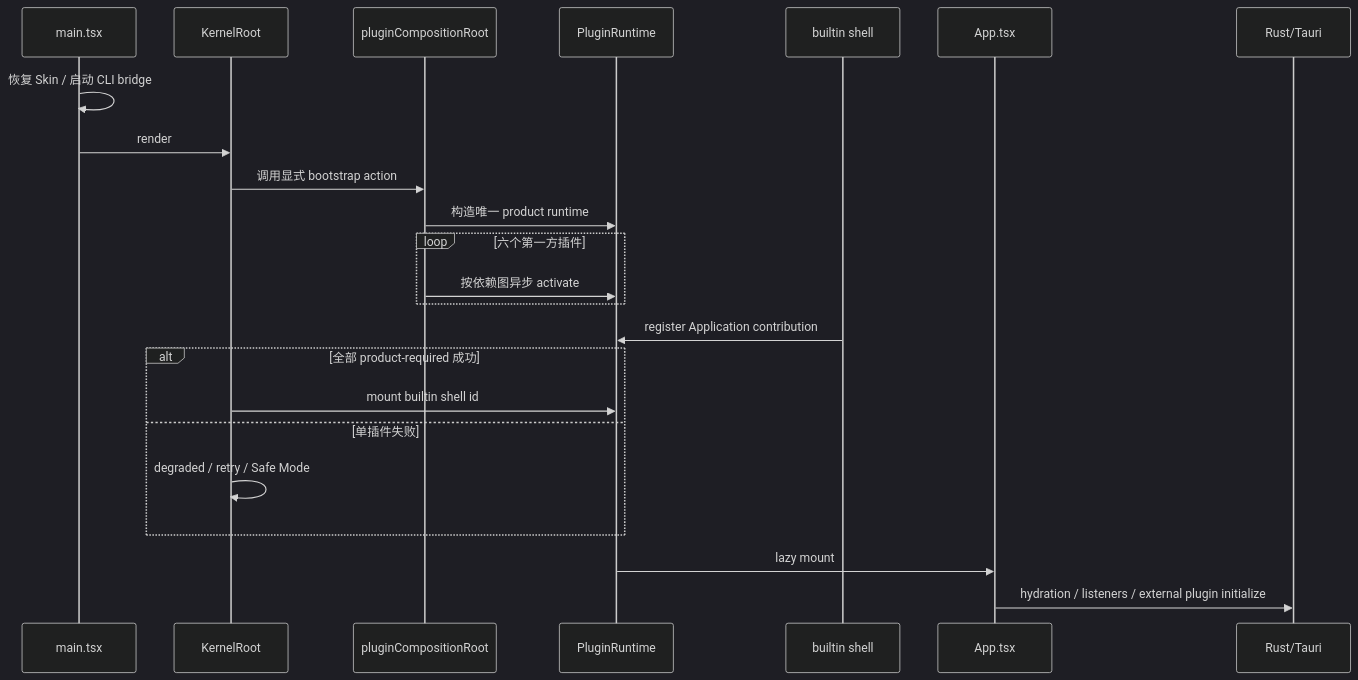
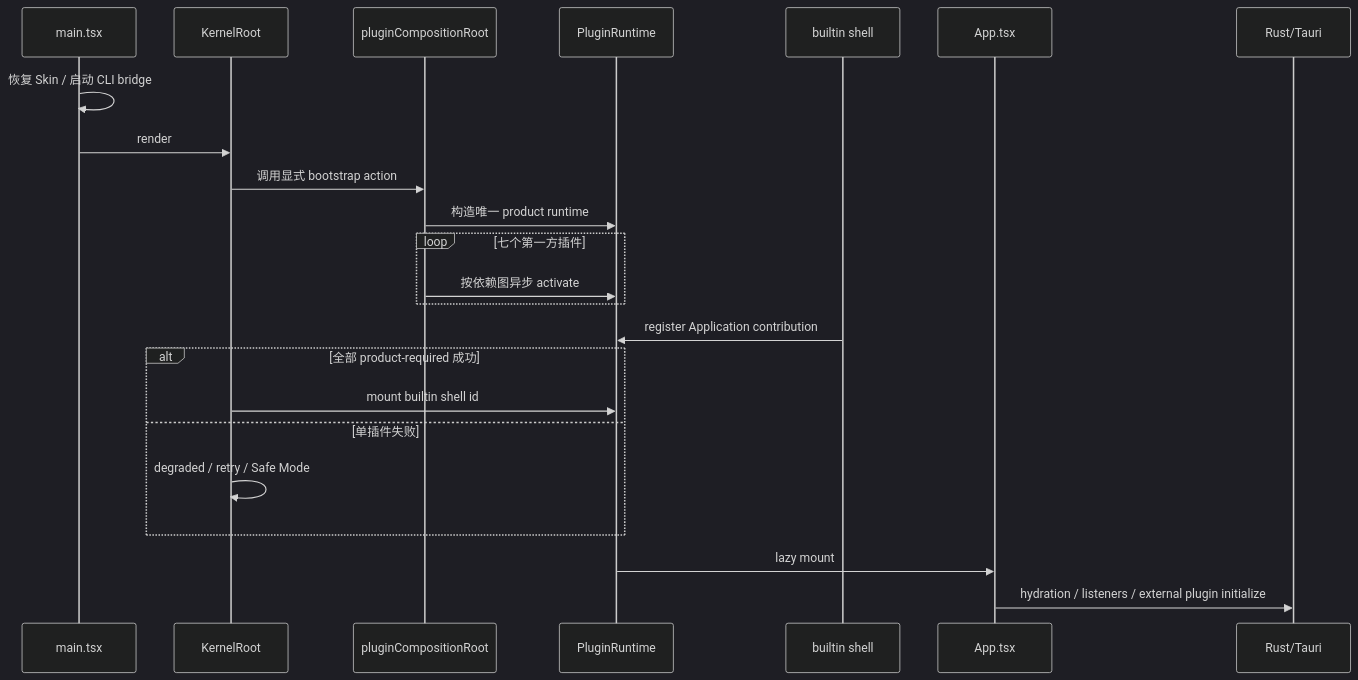
Before and after one commit to AlchemistCxC/Pylon-co-works: the second of 7 diagrams in docs/说明书/Pylon-项目架构参考.md, drawn with Mermaid (dark theme). The commit also changed other lines of this file and 19 other files, not shown here.

````diff
--- a/docs/说明书/Pylon-项目架构参考.md
+++ b/docs/说明书/Pylon-项目架构参考.md
@@ -115,26 +117,26 @@
 ```mermaid
 sequenceDiagram
   participant Main as main.tsx
   participant Kernel as KernelRoot
   participant Composition as pluginCompositionRoot
   participant Runtime as PluginRuntime
   participant Shell as builtin shell
   participant App as App.tsx
   participant Tauri as Rust/Tauri
 
   Main->>Main: 恢复 Skin / 启动 CLI bridge
   Main->>Kernel: render
   Kernel->>Composition: 调用显式 bootstrap action
   Composition->>Runtime: 构造唯一 product runtime
-  loop 六个第一方插件
+  loop 七个第一方插件
     Composition->>Runtime: 按依赖图异步 activate
   end
   Shell->>Runtime: register Application contribution
   alt 全部 product-required 成功
     Kernel->>Runtime: mount builtin shell id
   else 单插件失败
     Kernel->>Kernel: degraded / retry / Safe Mode
   end
   Runtime->>App: lazy mount
   App->>Tauri: hydration / listeners / external plugin initialize
 ```
````
